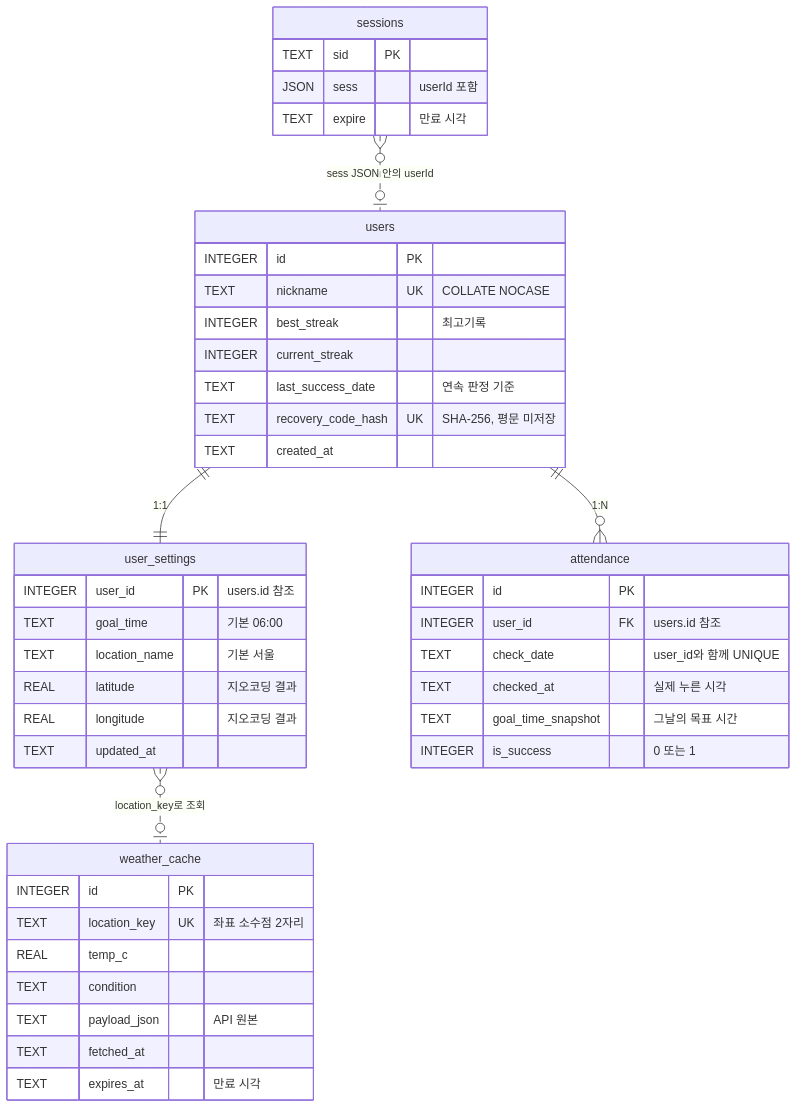
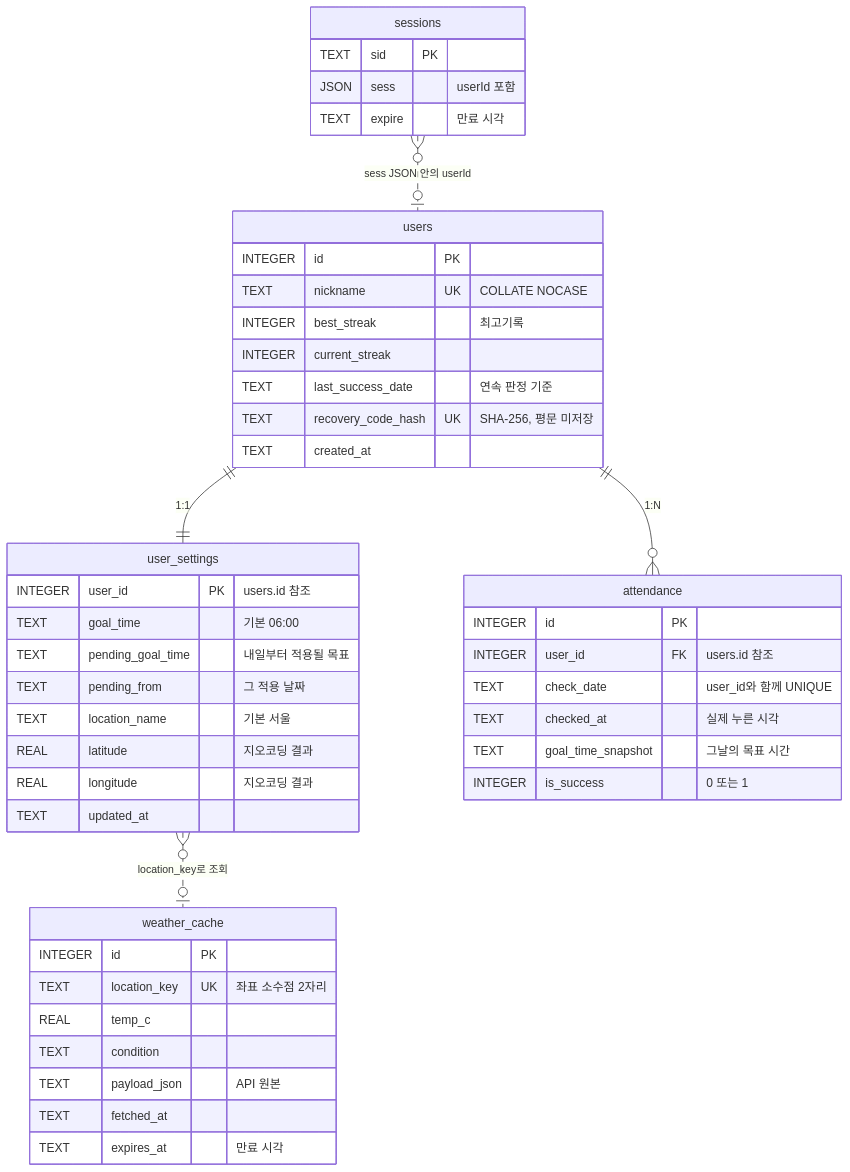
Before and after one commit to hojitea-ui/backend_homework: the diagram in README.md, drawn with Mermaid. The commit also changed other lines of this file, not shown here.

````diff
--- a/README.md
+++ b/README.md
@@ -61,47 +62,49 @@
 ```mermaid
 erDiagram
     sessions }o..o| users : "sess JSON 안의 userId"
     users ||--|| user_settings : "1:1"
     users ||--o{ attendance : "1:N"
     user_settings }o..o| weather_cache : "location_key로 조회"
 
     sessions {
         TEXT sid PK
         JSON sess "userId 포함"
         TEXT expire "만료 시각"
     }
     users {
         INTEGER id PK
         TEXT nickname UK "COLLATE NOCASE"
         INTEGER best_streak "최고기록"
         INTEGER current_streak
         TEXT last_success_date "연속 판정 기준"
         TEXT recovery_code_hash UK "SHA-256, 평문 미저장"
         TEXT created_at
     }
     user_settings {
         INTEGER user_id PK "users.id 참조"
         TEXT goal_time "기본 06:00"
+        TEXT pending_goal_time "내일부터 적용될 목표"
+        TEXT pending_from "그 적용 날짜"
         TEXT location_name "기본 서울"
         REAL latitude "지오코딩 결과"
         REAL longitude "지오코딩 결과"
         TEXT updated_at
     }
     attendance {
         INTEGER id PK
         INTEGER user_id FK "users.id 참조"
         TEXT check_date "user_id와 함께 UNIQUE"
         TEXT checked_at "실제 누른 시각"
         TEXT goal_time_snapshot "그날의 목표 시간"
         INTEGER is_success "0 또는 1"
     }
     weather_cache {
         INTEGER id PK
         TEXT location_key UK "좌표 소수점 2자리"
         REAL temp_c
         TEXT condition
         TEXT payload_json "API 원본"
         TEXT fetched_at
         TEXT expires_at "만료 시각"
     }
 ```
````
